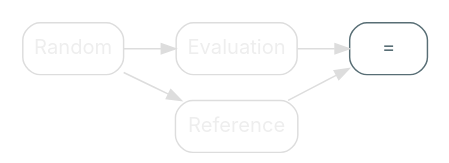
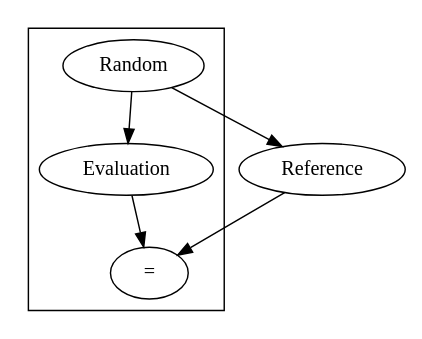
One commit to nrinaudo/much-ado-about-testing changed the diagram in src/graphviz/oracle_equality_2.dot. Above: the diagram before and after it, drawn with Graphviz. The commit also changed 98 other files, not shown here.

Commit message:
Use graphviz stylesheets

```diff
--- a/src/graphviz/oracle_equality_2.dot
+++ b/src/graphviz/oracle_equality_2.dot
@@ -1,22 +1,14 @@
 digraph {
-    bgcolor=transparent
-    rankdir=LR
-
-    // Default theme: enabled
-    node[shape="rectangle" style="rounded,filled" color="#586E75" fillcolor="#ffffff" fontcolor="#586E75" fontname="Inter,Arial"]
-    edge[color="#586E75" fontcolor="#000000" fontname="Inter,Arial" fontsize=11]
-
     subgraph cluster_0 {
-        color=transparent
-        Input[label="Random" color="#dddddd" fontcolor="#eeeeee"]
-        Evaluation[color="#dddddd" fontcolor="#eeeeee"]
+        Input[label="Random" class="disabled"]
+        Evaluation[class="disabled"]
         Analysis[label="="]
     }
 
-    Reference[color="#dddddd" fontcolor="#eeeeee"]
+    Reference[class="disabled"]
 
-    Input -> Evaluation[color="#dddddd"]
-    Evaluation -> Analysis[color="#dddddd"]
-    Input -> Reference[color="#dddddd"]
-    Reference -> Analysis[color="#dddddd"]
+    Input -> Evaluation[class="disabled"]
+    Evaluation -> Analysis[class="disabled"]
+    Input -> Reference[class="disabled"]
+    Reference -> Analysis[class="disabled"]
 }
```
